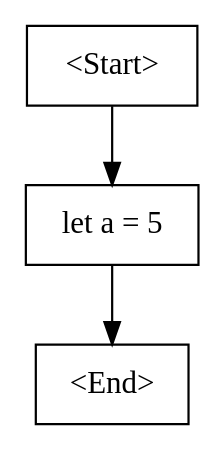
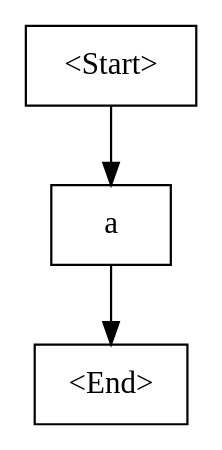
One commit to Aylin-ai/CompilerCSharp changed the diagram in InterpreterCSharp/bin/Debug/net8.0/cfg.dot. Above: the diagram before and after it, drawn with Graphviz. The commit also changed 24 other files, not shown here.

```diff
--- a/InterpreterCSharp/bin/Debug/net8.0/cfg.dot
+++ b/InterpreterCSharp/bin/Debug/net8.0/cfg.dot
@@ -1,7 +1,7 @@
 digraph G {
     N0 [label = "<Start>", shape = box]
-    N1 [label = "let a = 5", shape = box]
+    N1 [label = "a", shape = box]
     N2 [label = "<End>", shape = box]
     N0 -> N1 [label = ""]
     N1 -> N2 [label = ""]
 }
```
